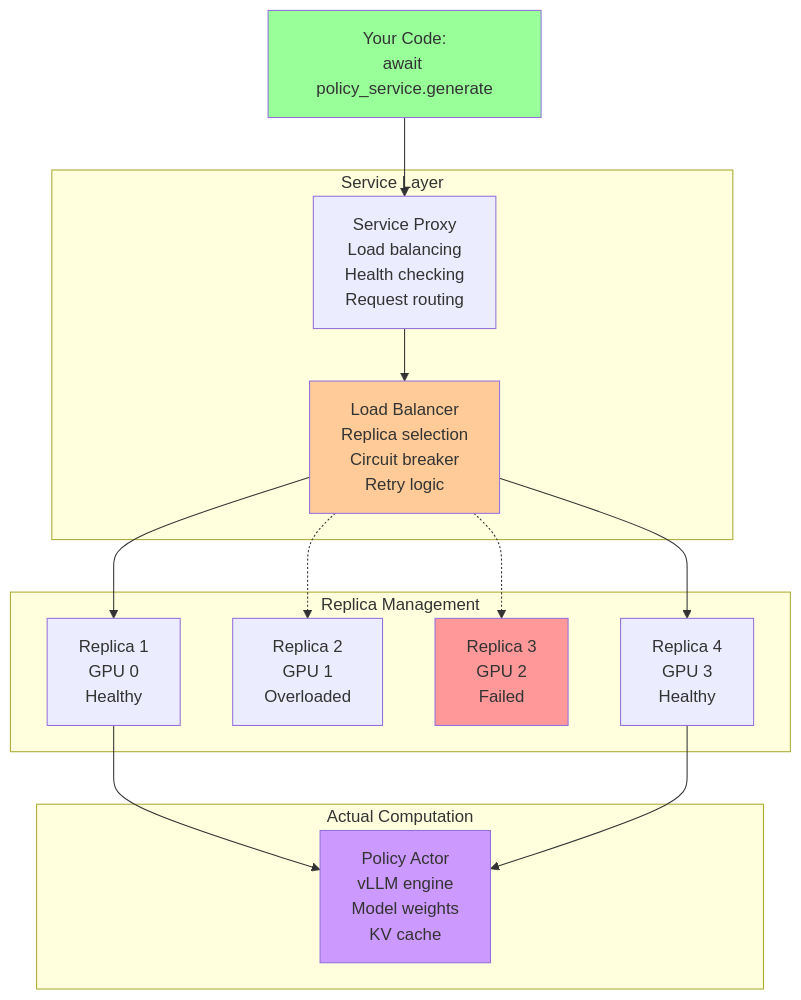
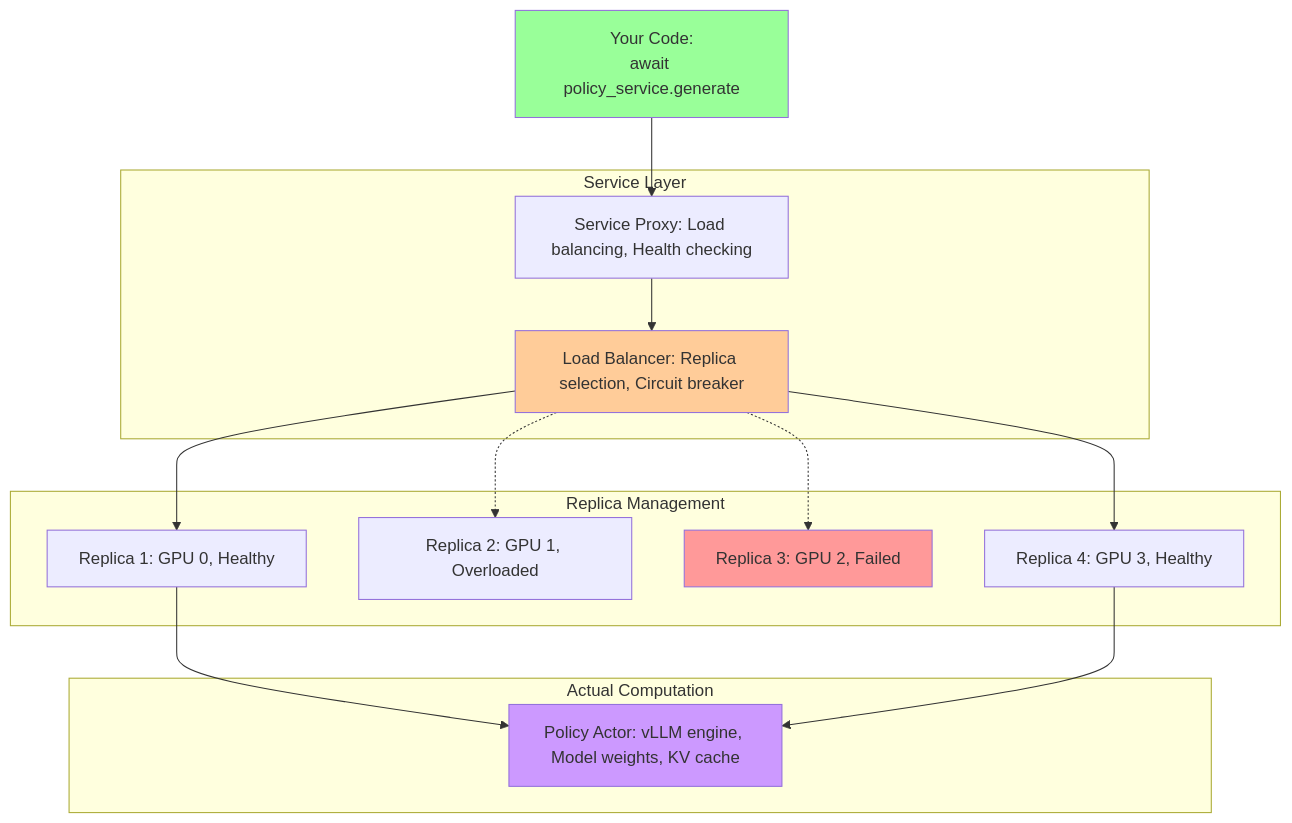
One commit to meta-pytorch/torchforge changed the diagram in docs/Tutorials/2_Forge_Internals.MD. Above: the diagram before and after it, drawn with Mermaid. The commit also changed 2 other files, not shown here.

Commit message:
fix multi line issue

````diff
--- a/docs/Tutorials/2_Forge_Internals.MD
+++ b/docs/Tutorials/2_Forge_Internals.MD
@@ -13,34 +13,34 @@
 ```mermaid
 graph TD
     Call["Your Code:<br/>await policy_service.generate"]
     
     subgraph ServiceLayer["Service Layer"]
-        Proxy["Service Proxy<br/>Load balancing<br/>Health checking<br/>Request routing"]
-        LB["Load Balancer<br/>Replica selection<br/>Circuit breaker<br/>Retry logic"]
+        Proxy["Service Proxy: Load balancing, Health checking"]
+        LB["Load Balancer: Replica selection, Circuit breaker"]
     end
     
     subgraph Replicas["Replica Management"]
-        R1["Replica 1<br/>GPU 0<br/>Healthy"]
-        R2["Replica 2<br/>GPU 1<br/>Overloaded"]
-        R3["Replica 3<br/>GPU 2<br/>Failed"]
-        R4["Replica 4<br/>GPU 3<br/>Healthy"]
+        R1["Replica 1: GPU 0, Healthy"]
+        R2["Replica 2: GPU 1, Overloaded"]
+        R3["Replica 3: GPU 2, Failed"]
+        R4["Replica 4: GPU 3, Healthy"]
     end
     
     subgraph Compute["Actual Computation"]
-        Actor["Policy Actor<br/>vLLM engine<br/>Model weights<br/>KV cache"]
+        Actor["Policy Actor: vLLM engine, Model weights, KV cache"]
     end
     
     Call --> Proxy
     Proxy --> LB
     LB --> R1
     LB -.-> R2
     LB -.-> R3
     LB --> R4
     R1 --> Actor
     R4 --> Actor
     
     style Call fill:#99ff99
     style LB fill:#ffcc99
     style R3 fill:#ff9999
     style Actor fill:#cc99ff
 ```
````
